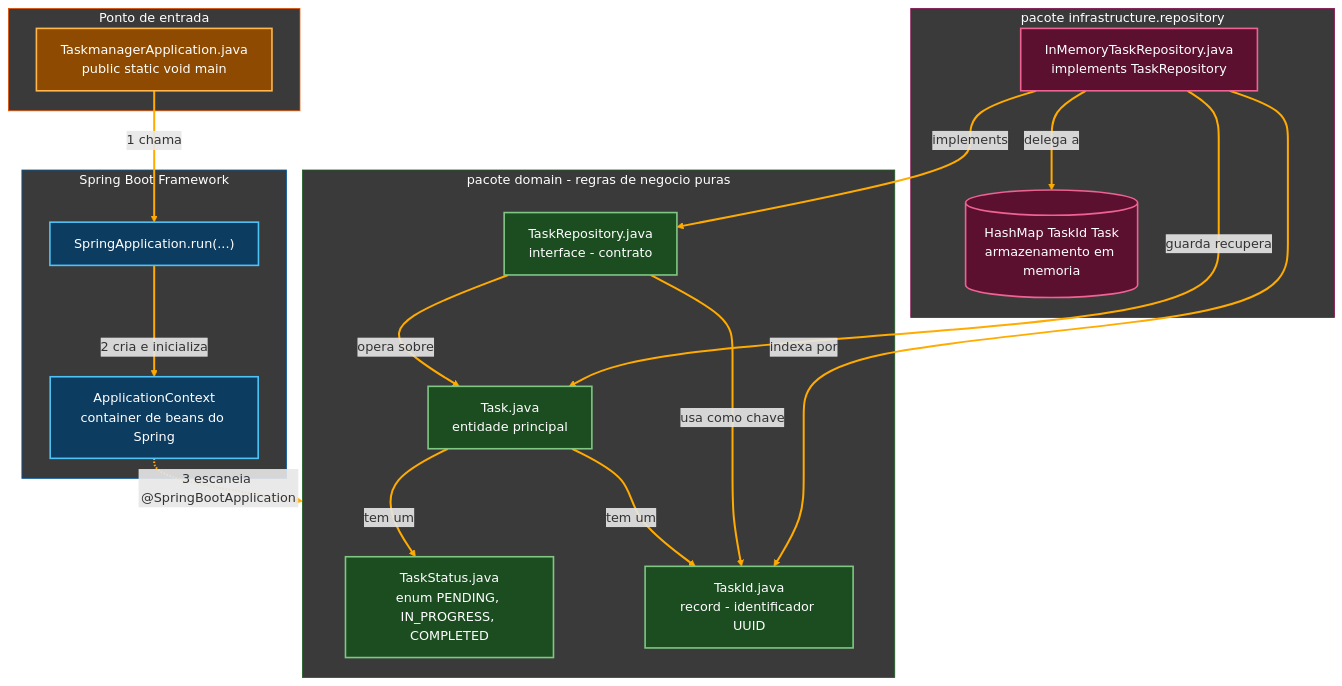
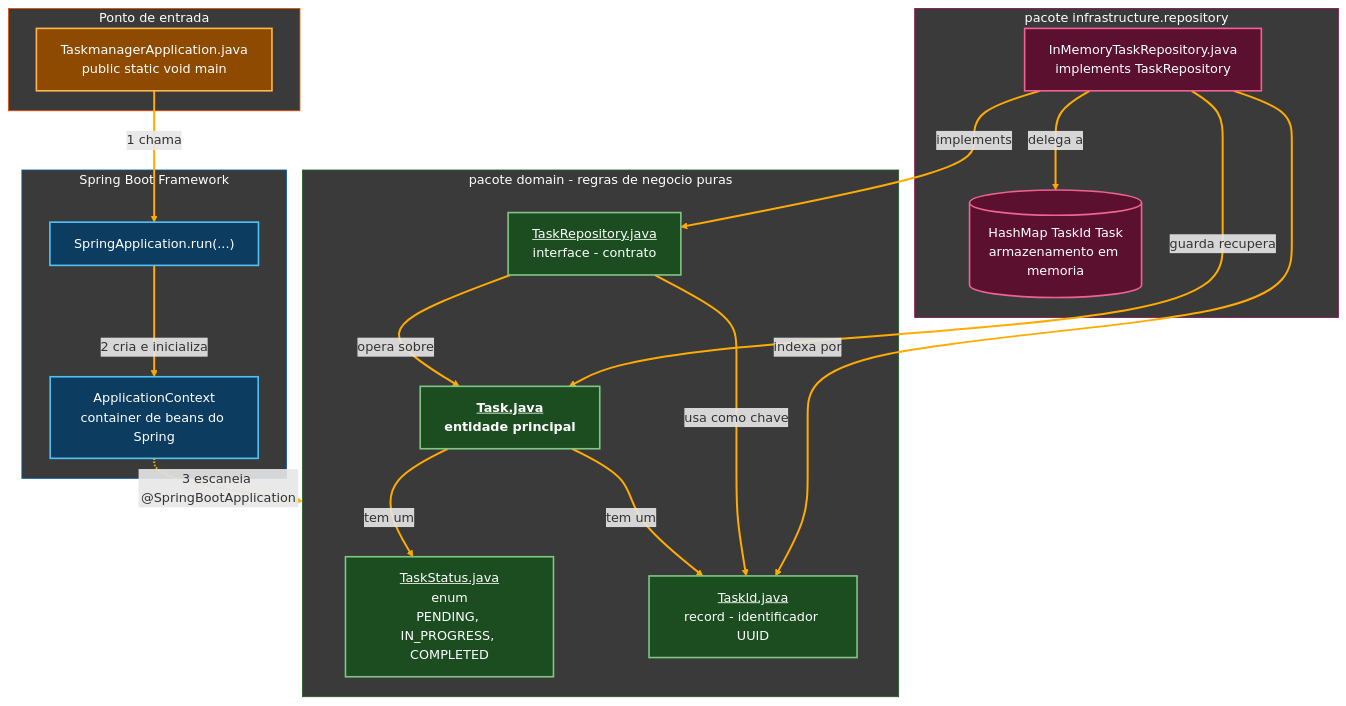
One commit to ahaerdy/DIO-learning changed the first of 2 diagrams in NTT_DATA-Backend_Java_com_Spring_AI/Modulo_04/01-Curso.01-Criando.sua.Primeira.API.REST.com.Spring.Boot/001-Tutorial_TaskManager_Java_Spring_Videos01a03_3.md. Above: the diagram before and after it, drawn with Mermaid. The commit also changed other lines of this file, not shown here.

Commit message:
docs: destaca termos e melhora formatação do diagrama

````diff
--- a/NTT_DATA-Backend_Java_com_Spring_AI/Modulo_04/01-Curso.01-Criando.sua.Primeira.API.REST.com.Spring.Boot/001-Tutorial_TaskManager_Java_Spring_Videos01a03_3.md
+++ b/NTT_DATA-Backend_Java_com_Spring_AI/Modulo_04/01-Curso.01-Criando.sua.Primeira.API.REST.com.Spring.Boot/001-Tutorial_TaskManager_Java_Spring_Videos01a03_3.md
@@ -956,54 +956,54 @@
 ```mermaid
 flowchart TD
     subgraph ENTRY["Ponto de entrada"]
         MAIN["TaskmanagerApplication.java<br/>public static void main"]
     end
 
     subgraph SPRING["Spring Boot Framework"]
         BOOT["SpringApplication.run(...)"]
         CTX["ApplicationContext<br/>container de beans do Spring"]
     end
 
     subgraph DOMAIN["pacote domain - regras de negocio puras"]
-        STATUS["TaskStatus.java<br/>enum PENDING, IN_PROGRESS, COMPLETED"]
-        TASKID["TaskId.java<br/>record - identificador UUID"]
-        TASK["Task.java<br/>entidade principal"]
-        REPO_IFACE["TaskRepository.java<br/>interface - contrato"]
+        STATUS["<u>TaskStatus.java</u><br/>enum<br>PENDING, IN_PROGRESS, COMPLETED"]
+        TASKID["<u>TaskId.java</u><br/>record - identificador UUID"]
+        TASK["<u><strong>Task.java</strong></u><br/><strong>entidade principal</strong>"]
+        REPO_IFACE["<u>TaskRepository.java</u><br/>interface - contrato"]
     end
 
     subgraph INFRA["pacote infrastructure.repository"]
         INMEM["InMemoryTaskRepository.java<br/>implements TaskRepository"]
         HASHMAP[("HashMap TaskId Task<br/>armazenamento em memoria")]
     end
 
     MAIN -- "1 chama" --> BOOT
     BOOT -- "2 cria e inicializa" --> CTX
     CTX -. "3 escaneia @SpringBootApplication" .-> DOMAIN
 
     TASK -- "tem um" --> TASKID
     TASK -- "tem um" --> STATUS
     REPO_IFACE -- "opera sobre" --> TASK
     REPO_IFACE -- "usa como chave" --> TASKID
 
     INMEM -- "implements" --> REPO_IFACE
     INMEM -- "guarda recupera" --> TASK
     INMEM -- "indexa por" --> TASKID
     INMEM -- "delega a" --> HASHMAP
 
     classDef entryNode fill:#8d4a00,stroke:#ffb74d,stroke-width:2px,color:#ffffff
     classDef springNode fill:#0d3c61,stroke:#4fc3f7,stroke-width:2px,color:#ffffff
     classDef domainNode fill:#1b4d20,stroke:#81c784,stroke-width:2px,color:#ffffff
     classDef infraNode fill:#5c1030,stroke:#f06292,stroke-width:2px,color:#ffffff
 
     class MAIN entryNode
     class BOOT,CTX springNode
     class STATUS,TASKID,TASK,REPO_IFACE domainNode
     class INMEM,HASHMAP infraNode
 
     style ENTRY fill:#3a3a3a,stroke:#e65100,color:#ffffff
     style SPRING fill:#3a3a3a,stroke:#01579b,color:#ffffff
     style DOMAIN fill:#3a3a3a,stroke:#1b5e20,color:#ffffff
     style INFRA fill:#3a3a3a,stroke:#880e4f,color:#ffffff
 
     linkStyle default stroke:#ffab00,stroke-width:2.5px
 ```
````
